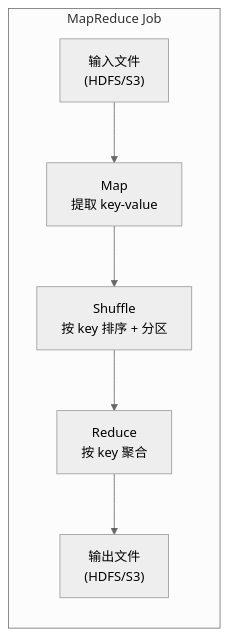
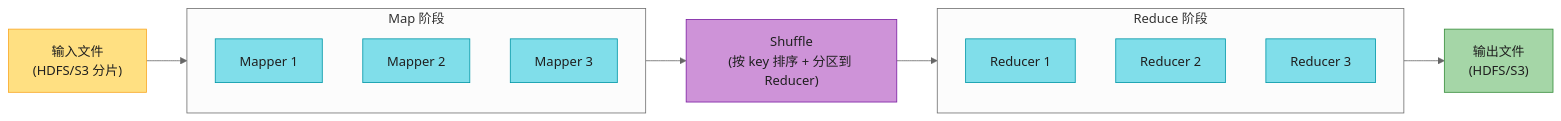
The ninth of 24 diagrams in ch11-批处理.md (socoo123/ddia_2nd), drawn with Mermaid (neutral theme) before and after one commit. The commit also changed other lines of this file and 5 other files, not shown here.

````diff
--- a/ch11-批处理.md
+++ b/ch11-批处理.md
@@ -173,11 +425,27 @@
 ```mermaid
-graph LR
-    subgraph MR["MapReduce Job"]
-        INPUT["输入文件<br/>(HDFS/S3)"]
-        MAP["Map<br/>提取 key-value"]
-        SHUFFLE["Shuffle<br/>按 key 排序 + 分区"]
-        REDUCE["Reduce<br/>按 key 聚合"]
-        OUTPUT["输出文件<br/>(HDFS/S3)"]
-        INPUT --> MAP --> SHUFFLE --> REDUCE --> OUTPUT
+flowchart LR
+    INPUT["输入文件<br/>(HDFS/S3 分片)"] --> MAP
+    subgraph MAP["Map 阶段"]
+        M1["Mapper 1"]
+        M2["Mapper 2"]
+        M3["Mapper 3"]
     end
+    MAP --> SHUFFLE["Shuffle<br/>(按 key 排序 + 分区到 Reducer)"]
+    SHUFFLE --> REDUCE
+    subgraph REDUCE["Reduce 阶段"]
+        R1["Reducer 1"]
+        R2["Reducer 2"]
+        R3["Reducer 3"]
+    end
+    REDUCE --> OUTPUT["输出文件<br/>(HDFS/S3)"]
+
+    style INPUT fill:#FFE082,stroke:#F9A825,color:#1f1f1f
+    style M1 fill:#80DEEA,stroke:#0097A7,color:#1f1f1f
+    style M2 fill:#80DEEA,stroke:#0097A7,color:#1f1f1f
+    style M3 fill:#80DEEA,stroke:#0097A7,color:#1f1f1f
+    style SHUFFLE fill:#CE93D8,stroke:#7B1FA2,color:#1f1f1f
+    style R1 fill:#80DEEA,stroke:#0097A7,color:#1f1f1f
+    style R2 fill:#80DEEA,stroke:#0097A7,color:#1f1f1f
+    style R3 fill:#80DEEA,stroke:#0097A7,color:#1f1f1f
+    style OUTPUT fill:#A5D6A7,stroke:#388E3C,color:#1f1f1f
 ```
````
